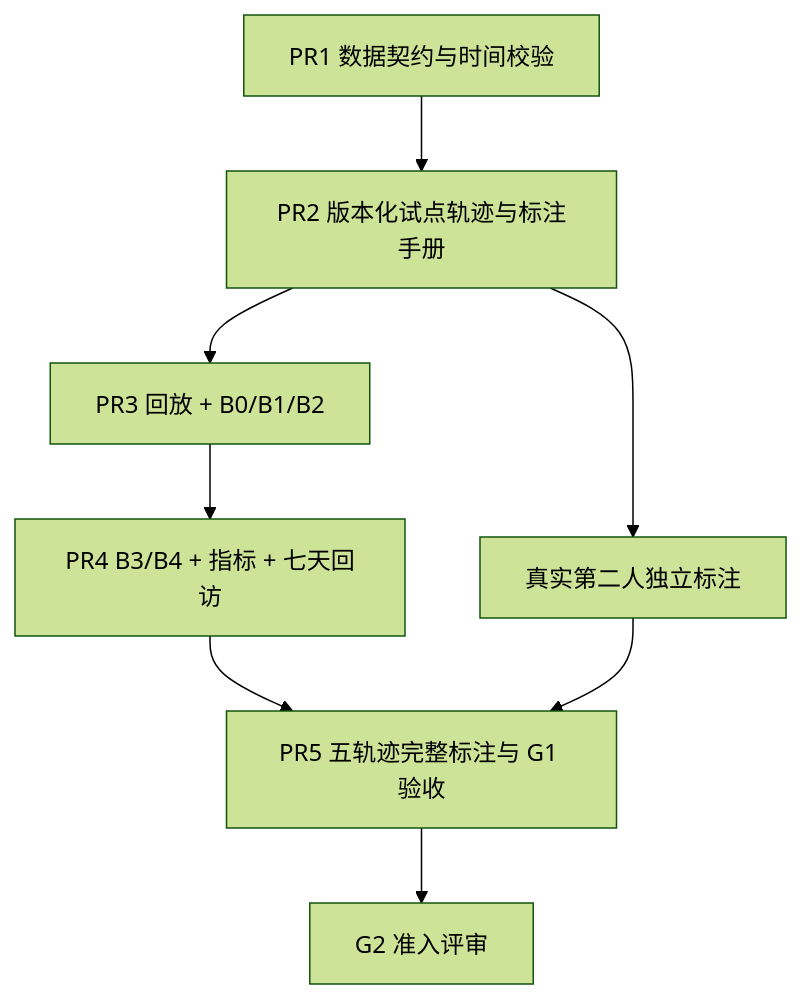
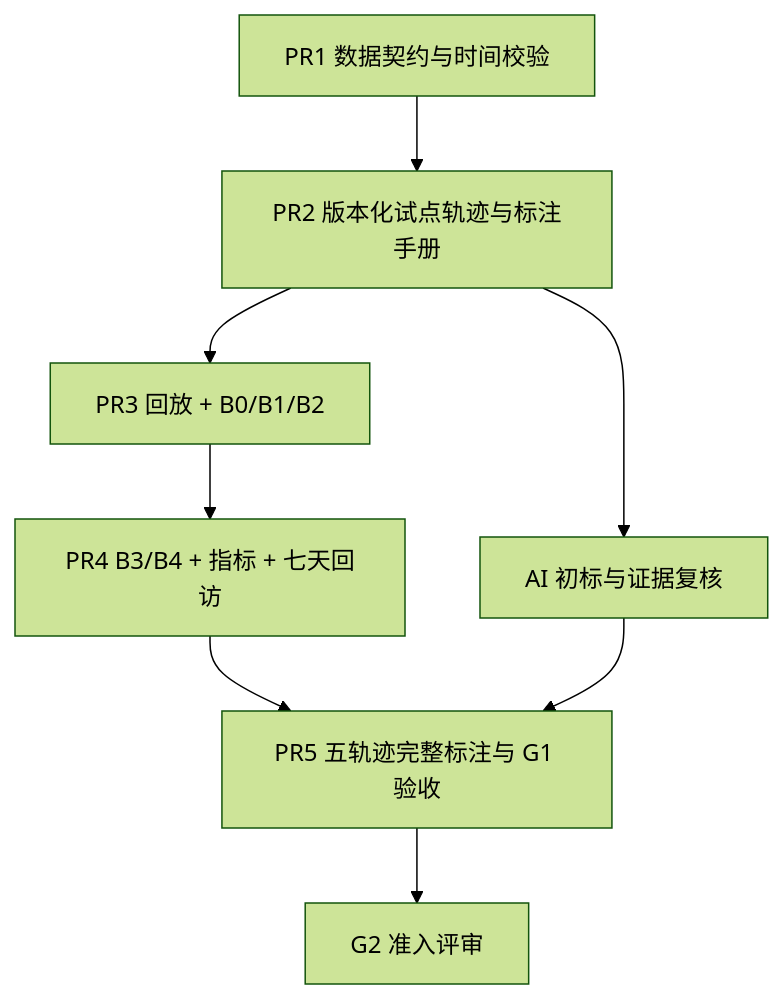
One commit to V-Giotto/cfaw-news changed the diagram in docs/plans/G1_IMPLEMENTATION_PLAN.md. Above: the diagram before and after it, drawn with Mermaid (forest theme). The commit also changed other lines of this file and 149 other files, not shown here.

````diff
--- a/docs/plans/G1_IMPLEMENTATION_PLAN.md
+++ b/docs/plans/G1_IMPLEMENTATION_PLAN.md
@@ -96,10 +98,10 @@
 ```mermaid
 flowchart TD
   P1[PR1 数据契约与时间校验] --> P2[PR2 版本化试点轨迹与标注手册]
   P2 --> P3[PR3 回放 + B0/B1/B2]
   P3 --> P4[PR4 B3/B4 + 指标 + 七天回访]
   P4 --> P5[PR5 五轨迹完整标注与 G1 验收]
-  P2 --> Q[真实第二人独立标注]
+  P2 --> Q[AI 初标与证据复核]
   Q --> P5
   P5 --> G2[G2 准入评审]
 ```
````
